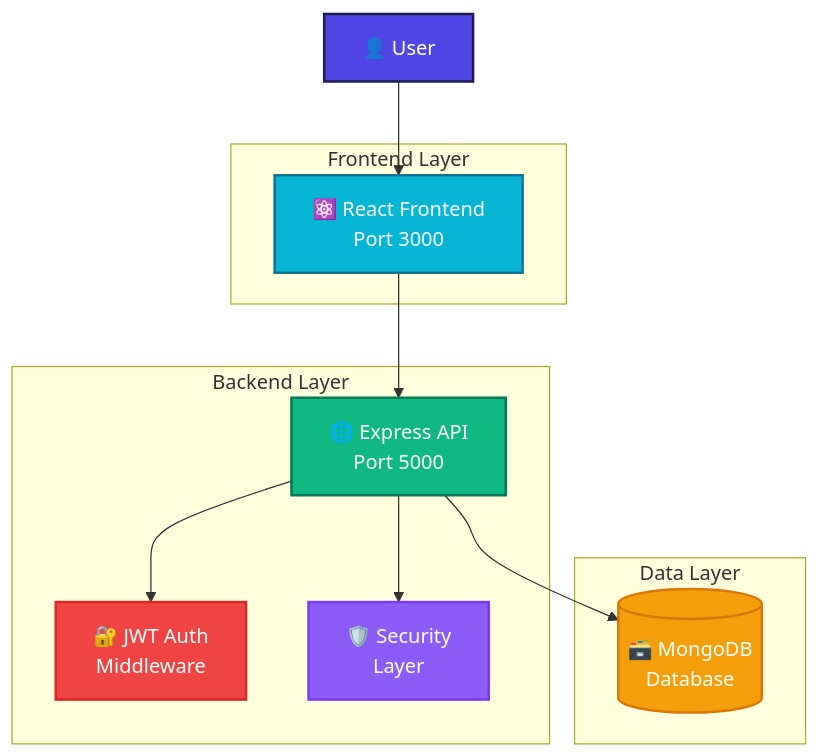
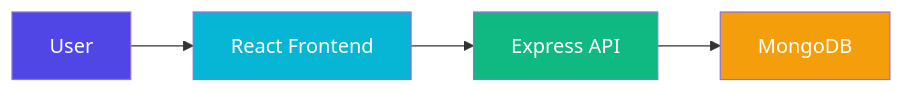
The first of 2 diagrams in README.md (ST10255814/insy7314-final-poe), drawn with Mermaid before and after one commit. The commit also changed other lines of this file, not shown here.

Commit message:
refactor: update system architecture diagram for clarity and consistency, enhance security framework section, and streamline README content

````diff
--- a/README.md
+++ b/README.md
@@ -71,29 +70,11 @@
 ```mermaid
-graph TB
-    User[👤 User] --> Frontend[⚛️ React Frontend<br/>Port 3000]
-    Frontend --> API[🌐 Express API<br/>Port 5000]
-    API --> DB[(🗃️ MongoDB<br/>Database)]
-    API --> Auth[🔐 JWT Auth<br/>Middleware]
-    API --> Security[🛡️ Security<br/>Layer]
+graph LR
+    A[User] --> B[React Frontend]
+    B --> C[Express API]
+    C --> D[MongoDB]
     
-    subgraph "Frontend Layer"
-        Frontend
-    end
-    
-    subgraph "Backend Layer"
-        API
-        Auth
-        Security
-    end
-    
-    subgraph "Data Layer"
-        DB
-    end
-    
-    style User fill:#4f46e5,stroke:#1e1b4b,stroke-width:2px,color:#fff
-    style Frontend fill:#06b6d4,stroke:#0e7490,stroke-width:2px,color:#fff
-    style API fill:#10b981,stroke:#047857,stroke-width:2px,color:#fff
-    style DB fill:#f59e0b,stroke:#d97706,stroke-width:2px,color:#fff
-    style Auth fill:#ef4444,stroke:#dc2626,stroke-width:2px,color:#fff
-    style Security fill:#8b5cf6,stroke:#7c3aed,stroke-width:2px,color:#fff
+    style A fill:#4f46e5,color:#fff
+    style B fill:#06b6d4,color:#fff
+    style C fill:#10b981,color:#fff
+    style D fill:#f59e0b,color:#fff
 ```
````
